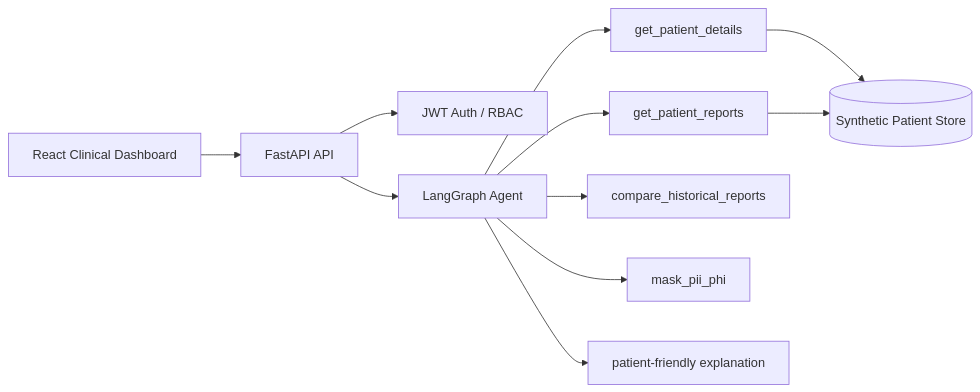
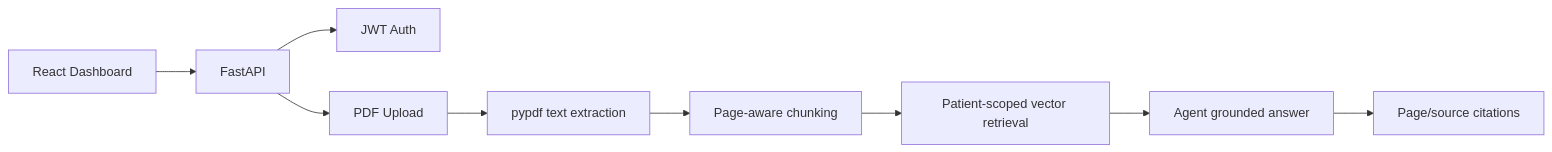
The diagram in README.md (Surya123467/medintel-clinical-agent), drawn with Mermaid before and after one commit. The commit also changed other lines of this file, not shown here.

Commit message:
Document PDF RAG workflow

````diff
--- a/README.md
+++ b/README.md
@@ -9,13 +9,11 @@
 ```mermaid
 flowchart LR
-  A[React Clinical Dashboard] --> B[FastAPI API]
-  B --> C[JWT Auth / RBAC]
-  B --> D[LangGraph Agent]
-  D --> E[get_patient_details]
-  D --> F[get_patient_reports]
-  D --> G[compare_historical_reports]
-  D --> H[mask_pii_phi]
-  D --> I[patient-friendly explanation]
-  E --> J[(Synthetic Patient Store)]
-  F --> J
+  A[React Dashboard] --> B[FastAPI]
+  B --> C[JWT Auth]
+  B --> D[PDF Upload]
+  D --> E[pypdf text extraction]
+  E --> F[Page-aware chunking]
+  F --> G[Patient-scoped vector retrieval]
+  G --> H[Agent grounded answer]
+  H --> I[Page/source citations]
 ```
````
